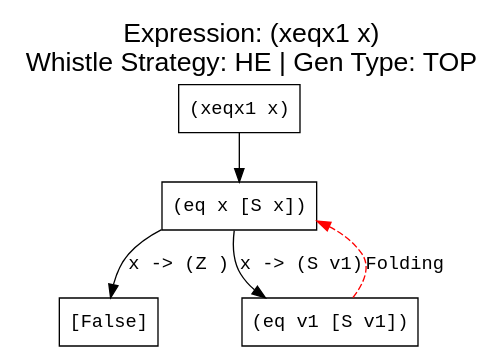
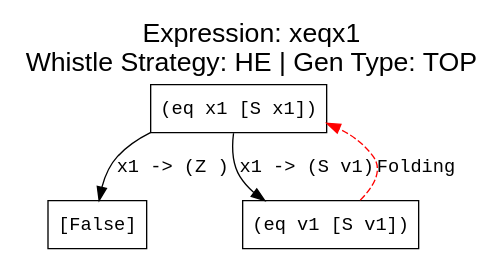
Before and after one commit to makezh/coursework_supercompiler: the diagram in output/test3_xeqx1/he.dot, drawn with Graphviz. The commit also changed 38 other files, not shown here.

```diff
--- a/output/test3_xeqx1/he.dot
+++ b/output/test3_xeqx1/he.dot
@@ -1,17 +1,15 @@
 digraph ProcessTree {
-  label="Expression: (xeqx1 x)\nWhistle Strategy: HE | Gen Type: TOP";
+  label="Expression: xeqx1\nWhistle Strategy: HE | Gen Type: TOP";
   labelloc="t";
   fontsize=20;
   fontname="Arial";
 
     node [fontname="Courier New"];
     edge [fontname="Courier New"];
-    n0 [label="(xeqx1 x)", shape=box];
-    n0 -> n1 [label=""];
-    n1 [label="(eq x [S x])", shape=box];
-    n1 -> n2 [label="x -> (Z )"];
-    n1 -> n3 [label="x -> (S v1)"];
-    n2 [label="[False]", shape=box];
-    n3 [label="(eq v1 [S v1])", shape=box];
-    n3 -> n1 [style=dashed, color=red, label="Folding"];
+    n0 [label="(eq x1 [S x1])", shape=box];
+    n0 -> n1 [label="x1 -> (Z )"];
+    n0 -> n2 [label="x1 -> (S v1)"];
+    n1 [label="[False]", shape=box];
+    n2 [label="(eq v1 [S v1])", shape=box];
+    n2 -> n0 [style=dashed, color=red, label="Folding"];
 }
```
